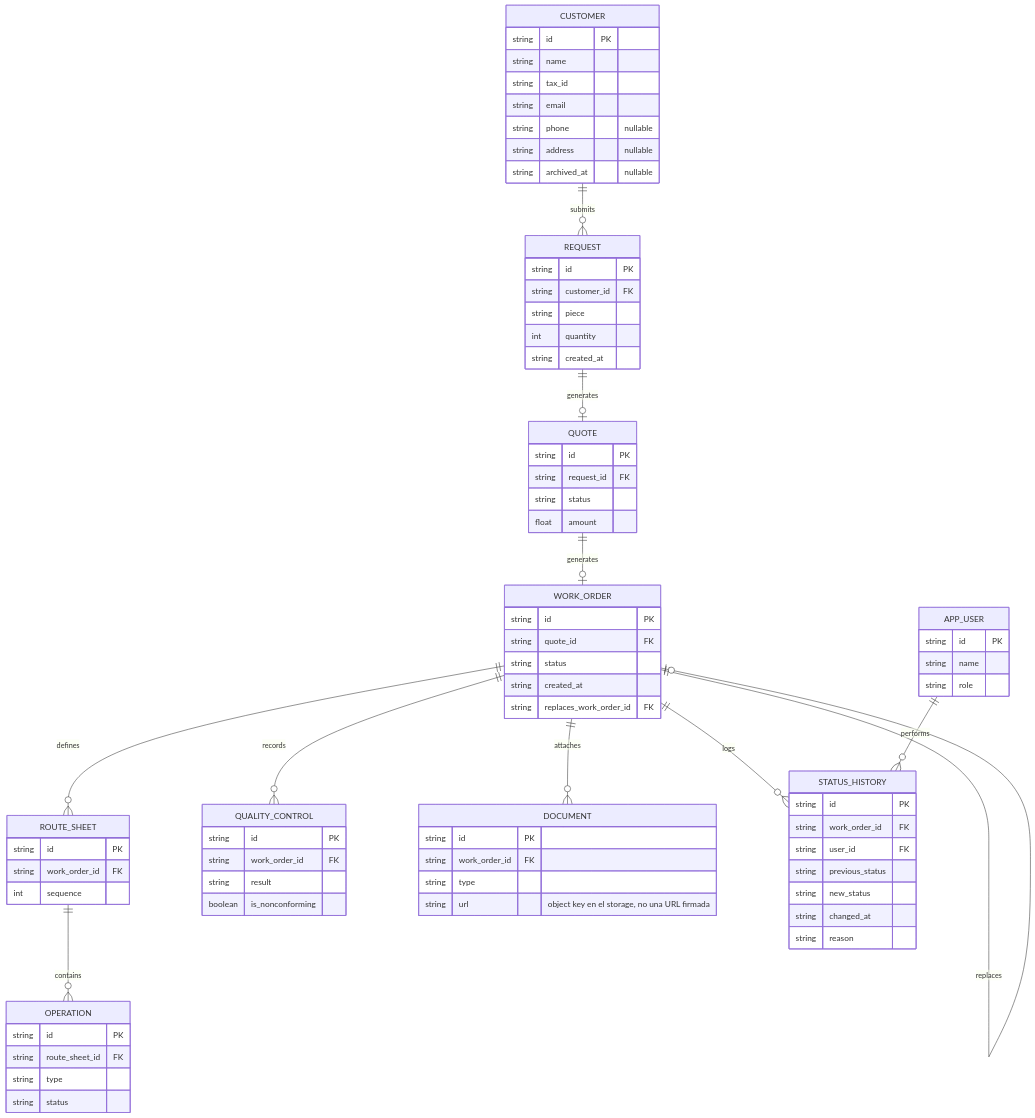
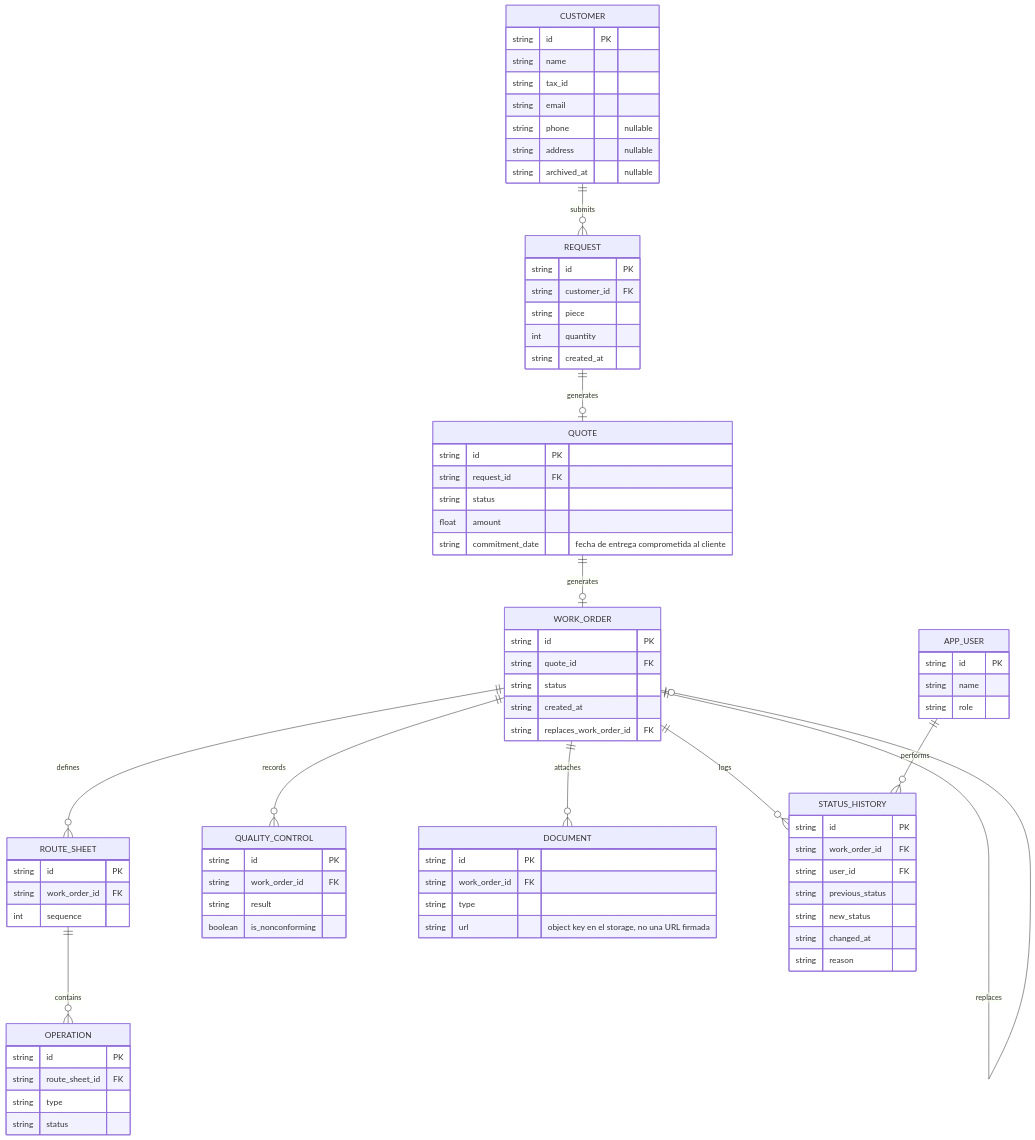
The diagram in docs/architecture.md (No-Country-simulation/S08-26-EQUIPO21-QualityTrack), drawn with Mermaid before and after one commit. The commit also changed 11 other files, not shown here.

Commit message:
feat(quotes): add commitment date

````diff
--- a/docs/architecture.md
+++ b/docs/architecture.md
@@ -12,80 +12,81 @@
 ```mermaid
 erDiagram
     CUSTOMER ||--o{ REQUEST : submits
     REQUEST ||--o| QUOTE : generates
     QUOTE ||--o| WORK_ORDER : generates
     WORK_ORDER ||--o{ ROUTE_SHEET : defines
     ROUTE_SHEET ||--o{ OPERATION : contains
     WORK_ORDER ||--o{ QUALITY_CONTROL : records
     WORK_ORDER ||--o{ DOCUMENT : attaches
     WORK_ORDER ||--o{ STATUS_HISTORY : logs
     WORK_ORDER ||--o| WORK_ORDER : replaces
     APP_USER ||--o{ STATUS_HISTORY : performs
 
     CUSTOMER {
         string id PK
         string name
         string tax_id
         string email
         string phone "nullable"
         string address "nullable"
         string archived_at "nullable"
     }
     REQUEST {
         string id PK
         string customer_id FK
         string piece
         int quantity
         string created_at
     }
     QUOTE {
         string id PK
         string request_id FK
         string status
         float amount
+        string commitment_date "fecha de entrega comprometida al cliente"
     }
     WORK_ORDER {
         string id PK
         string quote_id FK
         string status
         string created_at
         string replaces_work_order_id FK
     }
     ROUTE_SHEET {
         string id PK
         string work_order_id FK
         int sequence
     }
     OPERATION {
         string id PK
         string route_sheet_id FK
         string type
         string status
     }
     QUALITY_CONTROL {
         string id PK
         string work_order_id FK
         string result
         boolean is_nonconforming
     }
     DOCUMENT {
         string id PK
         string work_order_id FK
         string type
         string url "object key en el storage, no una URL firmada"
     }
     STATUS_HISTORY {
         string id PK
         string work_order_id FK
         string user_id FK
         string previous_status
         string new_status
         string changed_at
         string reason
     }
     APP_USER {
         string id PK
         string name
         string role
     }
 ```
````
